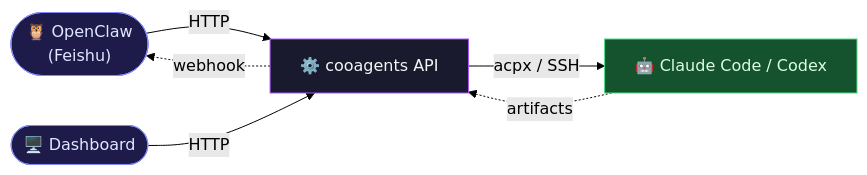
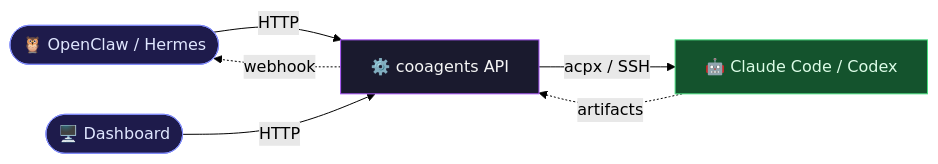
Before and after one commit to vaxtomis/cooagents: the first of 2 diagrams in README.md, drawn with Mermaid (forest theme). The commit also changed other lines of this file, not shown here.

First line of the commit message:
docs: slim README and add Hermes install steps

````diff
--- a/README.md
+++ b/README.md
@@ -5,12 +5,12 @@
 ```mermaid
 flowchart LR
-    OC(["🦉 OpenClaw<br/>(Feishu)"]):::client -->|HTTP| API["⚙️ cooagents API"]:::core
+    HOST(["🦉 OpenClaw / Hermes"]):::client -->|HTTP| API["⚙️ cooagents API"]:::core
     DASH(["🖥️ Dashboard"]):::client -->|HTTP| API
     API -->|"acpx / SSH"| Agent["🤖 Claude Code / Codex"]:::agent
     Agent -.->|artifacts| API
-    API -.->|webhook| OC
+    API -.->|webhook| HOST
 
     classDef client fill:#1e1b4b,stroke:#818cf8,color:#e0e7ff
     classDef core fill:#1a1a2e,stroke:#a855f7,color:#f5f5f5
     classDef agent fill:#14532d,stroke:#4ade80,color:#dcfce7
 ```
````
